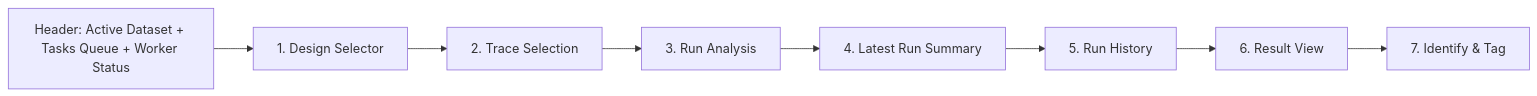
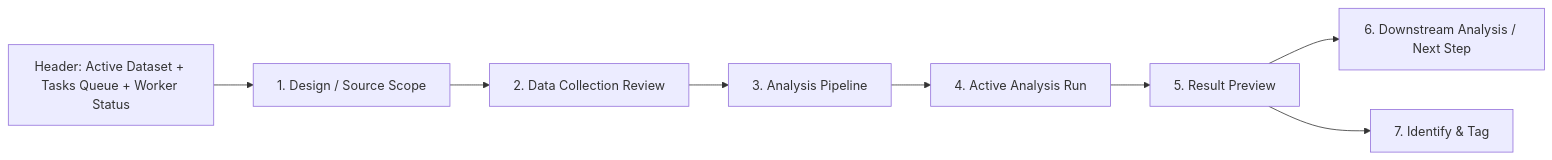
Before and after one commit to arfiligol/superconducting-circuits-research-workbench: the diagram in docs/reference/app/frontend/research-workflow/characterization.md, drawn with Mermaid. The commit also changed other lines of this file and 2 other files, not shown here.

Commit message:
docs: freeze characterization pipeline contracts

````diff
--- a/docs/reference/app/frontend/research-workflow/characterization.md
+++ b/docs/reference/app/frontend/research-workflow/characterization.md
@@ -73,10 +71,10 @@
 ```mermaid
 graph LR
-    Header[Header: Active Dataset + Tasks Queue + Worker Status] --> Design[1. Design Selector]
-    Design --> Traces[2. Trace Selection]
-    Traces --> Run[3. Run Analysis]
-    Run --> Latest[4. Latest Run Summary]
-    Latest --> History[5. Run History]
-    History --> Result[6. Result View]
+    Header[Header: Active Dataset + Tasks Queue + Worker Status] --> Scope[1. Design / Source Scope]
+    Scope --> Review[2. Data Collection Review]
+    Review --> Pipeline[3. Analysis Pipeline]
+    Pipeline --> Run[4. Active Analysis Run]
+    Run --> Result[5. Result Preview]
+    Result --> Next[6. Downstream Analysis / Next Step]
     Result --> Tag[7. Identify & Tag]
 ```
````
